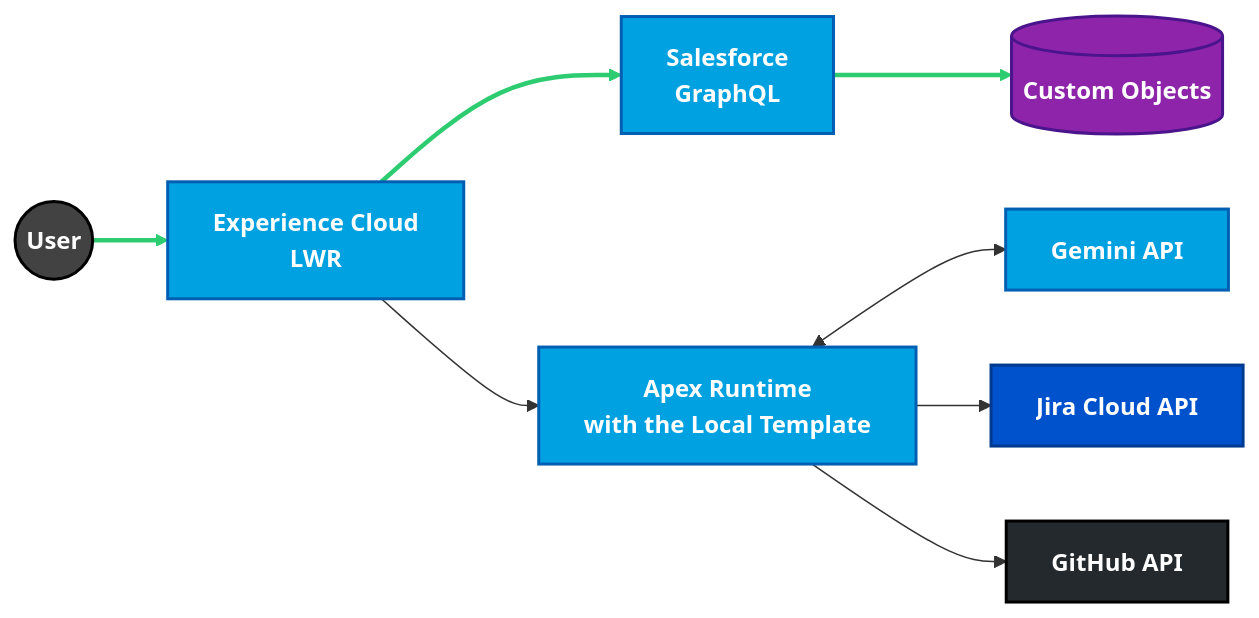
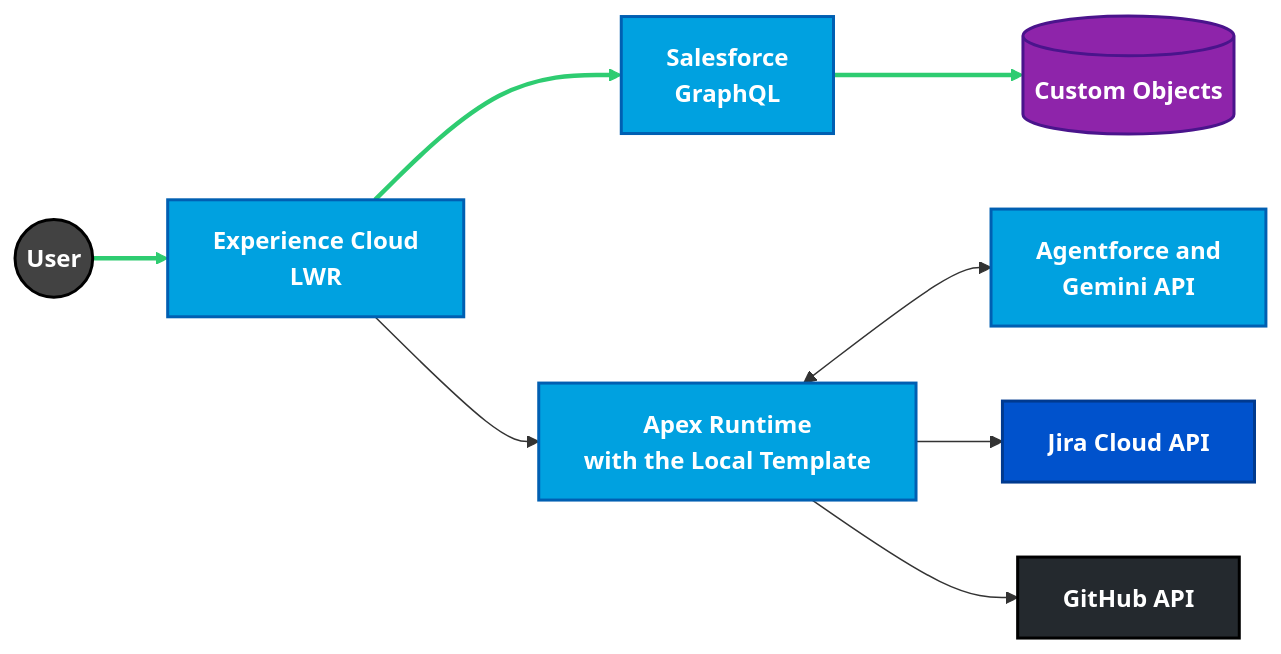
One commit to rdbumstead/salesforce-platform-architect-portfolio changed the diagram in README.md. Above: the diagram before and after it, drawn with Mermaid. The commit also changed other lines of this file and 1 other file, not shown here.

Commit message:
docs: update README and STATUS for Agentforce, the home page and ADR-035

````diff
--- a/README.md
+++ b/README.md
@@ -192,39 +193,39 @@
 ```mermaid
 graph LR
     %%{init: {'flowchart': {'nodeSpacing': 50, 'rankSpacing': 50}}}%%
     %% ========= BRAND STYLES =========
     classDef user fill:#424242,stroke:#000000,stroke-width:2px,color:#ffffff,font-weight:bold;
     classDef sfdc fill:#00A1E0,stroke:#005FB2,stroke-width:2px,color:#ffffff,font-weight:bold;
     classDef jira fill:#0052CC,stroke:#003A8F,stroke-width:2px,color:#ffffff,font-weight:bold;
     classDef github fill:#24292E,stroke:#000000,stroke-width:2px,color:#ffffff,font-weight:bold;
     classDef data fill:#8E24AA,stroke:#4A148C,stroke-width:2px,color:#ffffff,font-weight:bold;
 
     %% ========= NODES =========
     User((User))
     LWR[Experience Cloud<br/>LWR]
     GQL[Salesforce<br/>GraphQL]
     Apex[Apex Runtime<br/>with the Local Template]
     DB[(Custom Objects)]
-    AI[Gemini API]
+    AI[Agentforce and<br/>Gemini API]
     Jira[Jira Cloud API]
     GitHub[GitHub API]
 
     %% ========= FLOWS =========
     User --> LWR
     LWR --> GQL
     GQL --> DB
     LWR --> Apex
     Apex <--> AI
     Apex --> Jira
     Apex --> GitHub
 
     %% ========= APPLY STYLES =========
     class User user;
     class LWR,GQL,Apex,AI sfdc;
     class DB data;
     class Jira jira;
     class GitHub github;
 
     %% ========= CRITICAL PATH =========
     linkStyle 0,1,2 stroke:#2ECC71,stroke-width:3px;
 ```
````
